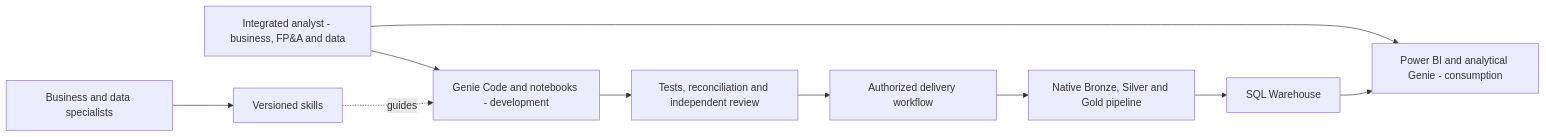
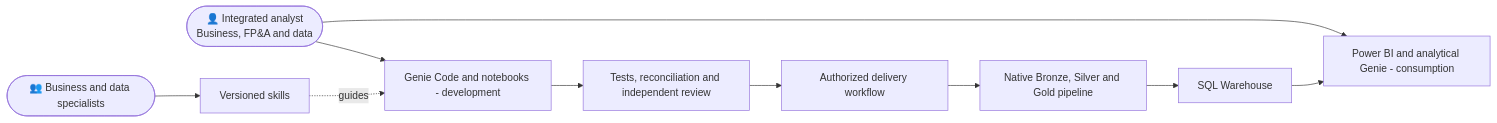
The diagram in databricks-pipeline-template/README.md (denisisikawa/business-science-lab), drawn with Mermaid before and after one commit. The commit also changed other lines of this file and 2 other files, not shown here.

Commit message:
docs: distinguish human actors with capsule shapes and person icons

````diff
--- a/databricks-pipeline-template/README.md
+++ b/databricks-pipeline-template/README.md
@@ -16,13 +16,13 @@
 ```mermaid
 flowchart LR
-    A[Integrated analyst - business, FP&A and data]
+    A(["👤 Integrated analyst<br/>Business, FP&A and data"])
     A --> U[Power BI and analytical Genie - consumption]
     A --> D[Genie Code and notebooks - development]
-    S[Business and data specialists] --> K[Versioned skills]
+    S(["👥 Business and data specialists"]) --> K[Versioned skills]
     K -. guides .-> D
     D --> R[Tests, reconciliation and independent review]
     R --> E[Authorized delivery workflow]
     E --> P[Native Bronze, Silver and Gold pipeline]
     P --> W[SQL Warehouse]
     W --> U
 ```
````
